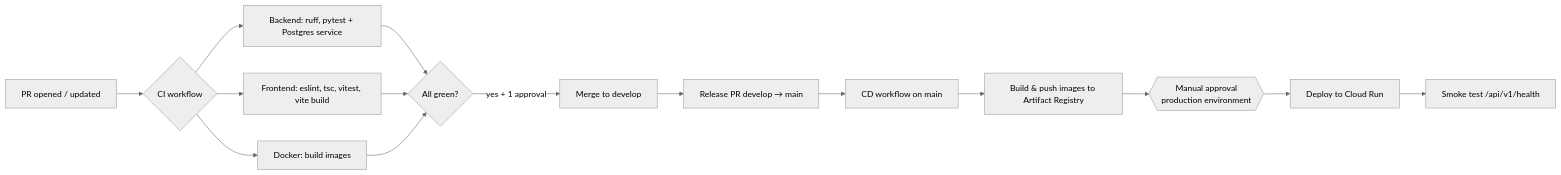
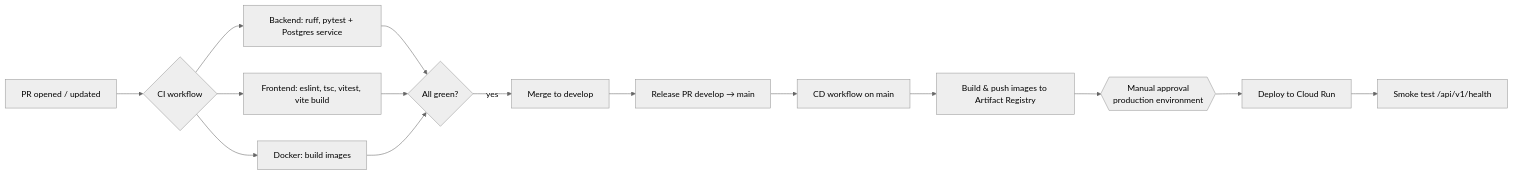
Before and after one commit to samad-k-shaik/dairycart: the diagram in docs/08-devops/ci-cd-strategy.md, drawn with Mermaid (neutral theme). The commit also changed other lines of this file and 1 other file, not shown here.

````diff
--- a/docs/08-devops/ci-cd-strategy.md
+++ b/docs/08-devops/ci-cd-strategy.md
@@ -7,15 +7,15 @@
 ```mermaid
 flowchart LR
     pr[PR opened / updated] --> ci{CI workflow}
     ci --> be[Backend: ruff, pytest + Postgres service]
     ci --> fe[Frontend: eslint, tsc, vitest, vite build]
     ci --> dk[Docker: build images]
     be & fe & dk --> ok{All green?}
-    ok -->|yes + 1 approval| merge[Merge to develop]
+    ok -->|yes| merge[Merge to develop]
     merge --> rel[Release PR develop → main]
     rel --> cd[CD workflow on main]
     cd --> push[Build & push images to Artifact Registry]
     push --> appr{{Manual approval<br/>production environment}}
     appr --> deploy[Deploy to Cloud Run]
     deploy --> smoke[Smoke test /api/v1/health]
 ```
````
